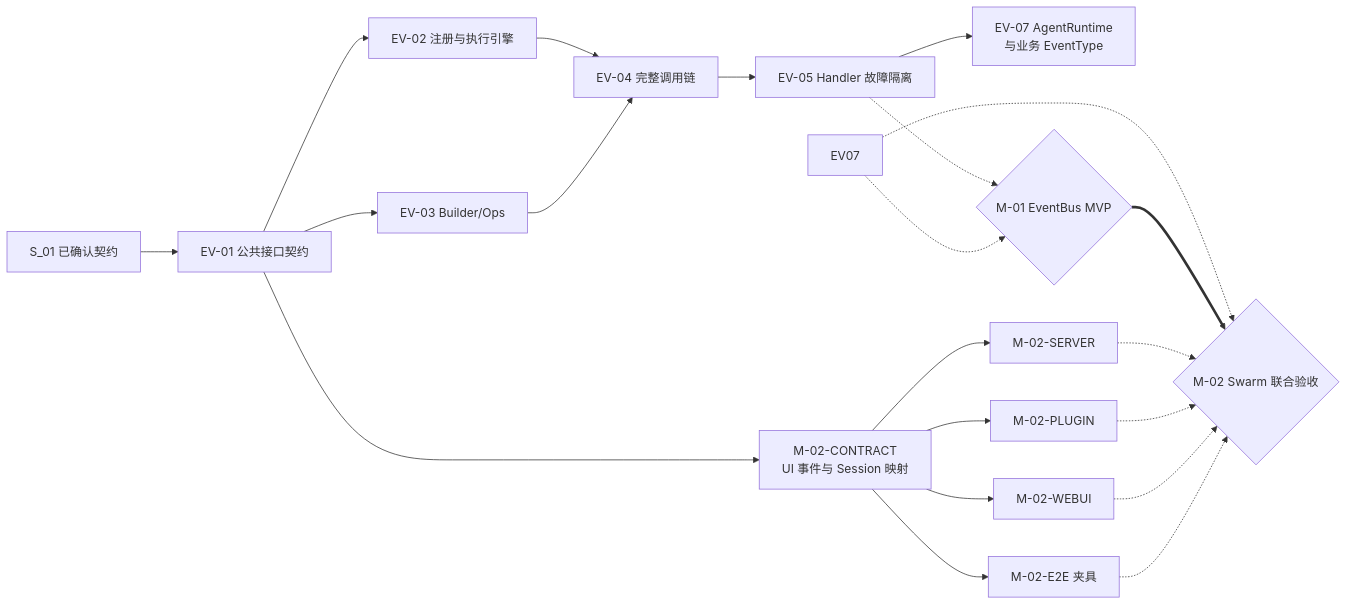
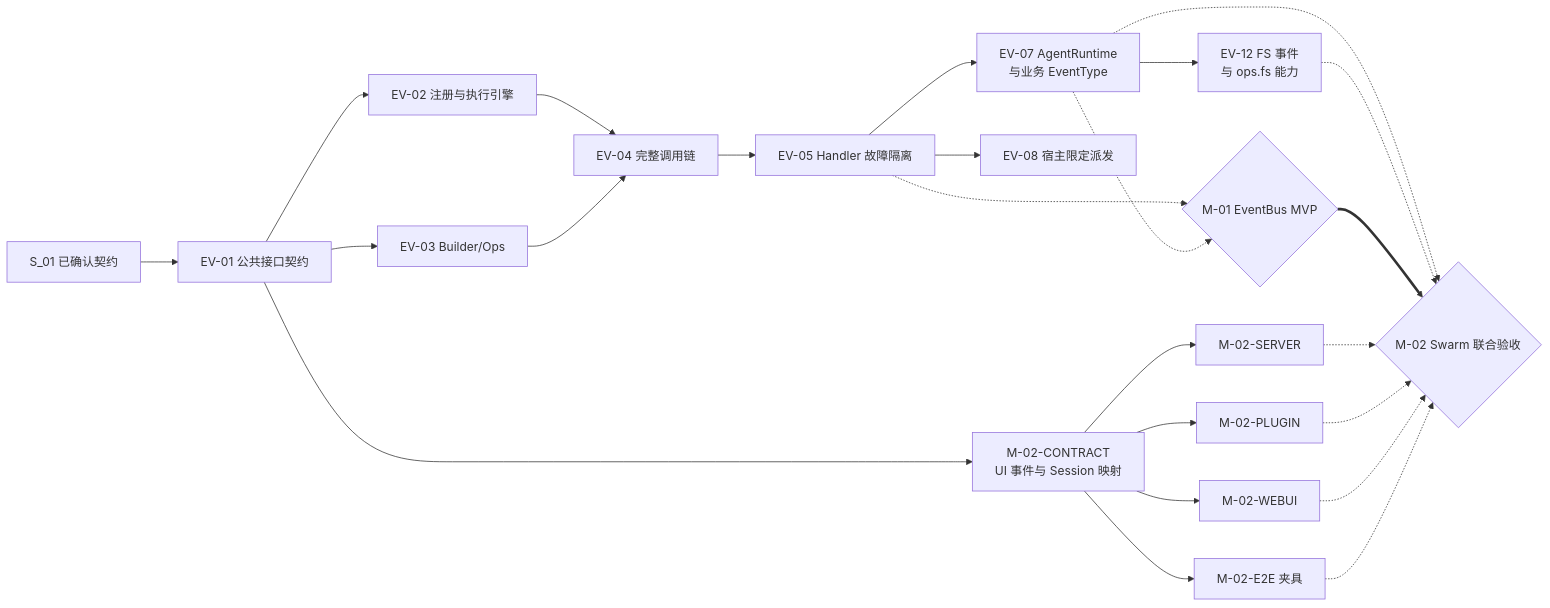
One commit to openJiuwen-ai/agent-core changed the diagram in openjiuwen/core/events/docs/designs/events-development-plan.md. Above: the diagram before and after it, drawn with Mermaid. The commit also changed other lines of this file and 15 other files, not shown here.

````diff
--- a/openjiuwen/core/events/docs/designs/events-development-plan.md
+++ b/openjiuwen/core/events/docs/designs/events-development-plan.md
@@ -146,25 +167,28 @@
 ```mermaid
 flowchart LR
     S01["S_01 已确认契约"] --> EV01["EV-01 公共接口契约"]
     EV01 --> EV02["EV-02 注册与执行引擎"]
     EV01 --> EV03["EV-03 Builder/Ops"]
     EV02 --> EV04["EV-04 完整调用链"]
     EV03 --> EV04
     EV04 --> EV05["EV-05 Handler 故障隔离"]
-    EV05 --> EV06["EV-07 AgentRuntime\n与业务 EventType"]
+    EV05 --> EV07["EV-07 AgentRuntime\n与业务 EventType"]
+    EV05 --> EV08["EV-08 宿主限定派发"]
+    EV07 --> EV12["EV-12 FS 事件\n与 ops.fs 能力"]
 
     EV01 --> Contract["M-02-CONTRACT\nUI 事件与 Session 映射"]
     Contract --> Server["M-02-SERVER"]
     Contract --> Plugin["M-02-PLUGIN"]
     Contract --> WebUI["M-02-WEBUI"]
     Contract --> E2E["M-02-E2E 夹具"]
 
     EV05 -.-> M01{"M-01 EventBus MVP"}
     EV07 -.-> M01
     EV07 -.-> M02
+    EV12 -.-> M02
     M01 ==> M02{"M-02 Swarm 联合验收"}
     Server -.-> M02
     Plugin -.-> M02
     WebUI -.-> M02
     E2E -.-> M02
 ```
````
